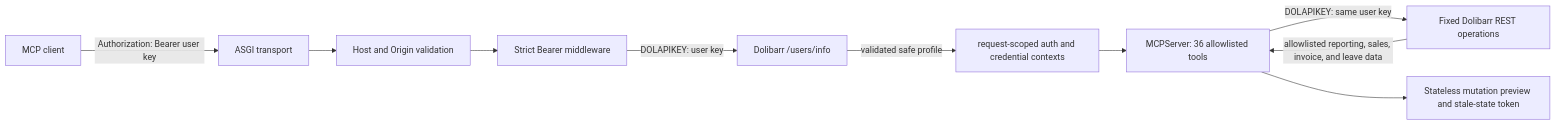
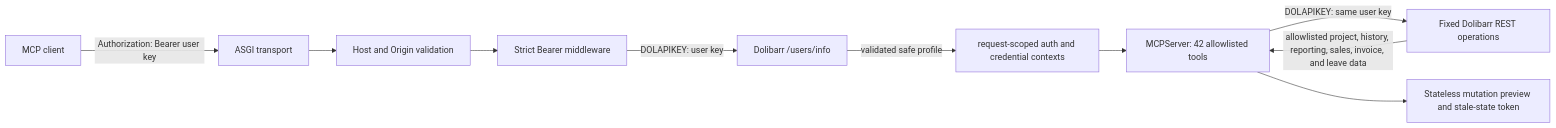
Before and after one commit to TestMasterAmberteam/dolibarr-mcp-server: the diagram in README.md, drawn with Mermaid. The commit also changed other lines of this file and 20 other files, not shown here.

First line of the commit message:
feat: add project and agenda history tools (#59)

````diff
--- a/README.md
+++ b/README.md
@@ -40,12 +42,12 @@
 ```mermaid
 flowchart LR
     C[MCP client] -->|Authorization: Bearer user key| A[ASGI transport]
     A --> H[Host and Origin validation]
     H --> B[Strict Bearer middleware]
     B -->|DOLAPIKEY: user key| D[Dolibarr /users/info]
     D -->|validated safe profile| X[request-scoped auth and credential contexts]
-    X --> M[MCPServer: 36 allowlisted tools]
+    X --> M[MCPServer: 42 allowlisted tools]
     M -->|DOLAPIKEY: same user key| R[Fixed Dolibarr REST operations]
-    R -->|allowlisted reporting, sales, invoice, and leave data| M
+    R -->|allowlisted project, history, reporting, sales, invoice, and leave data| M
     M --> P[Stateless mutation preview and stale-state token]
 ```
````
